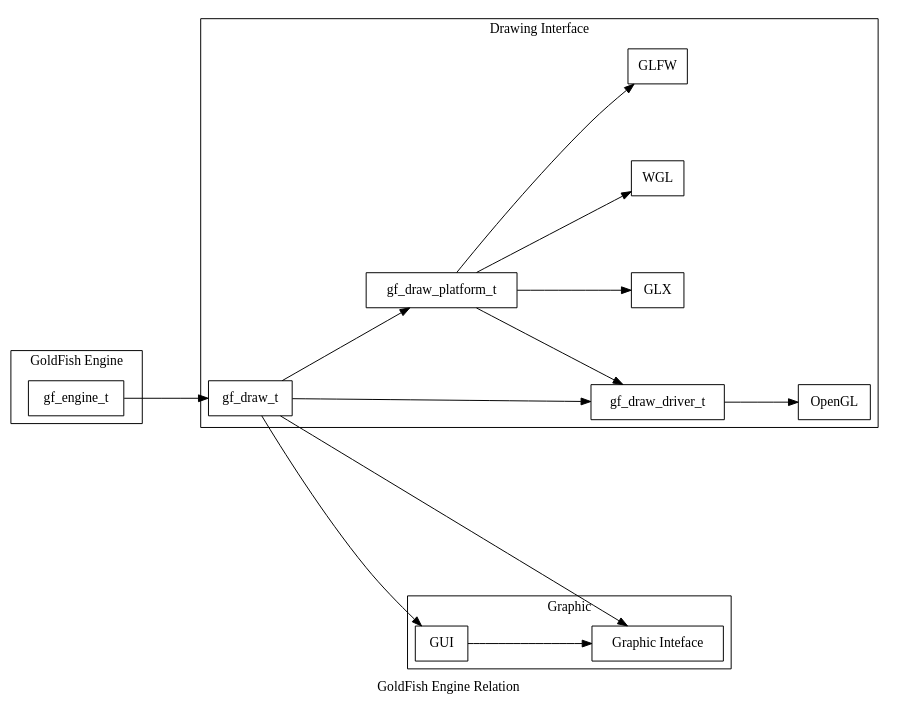
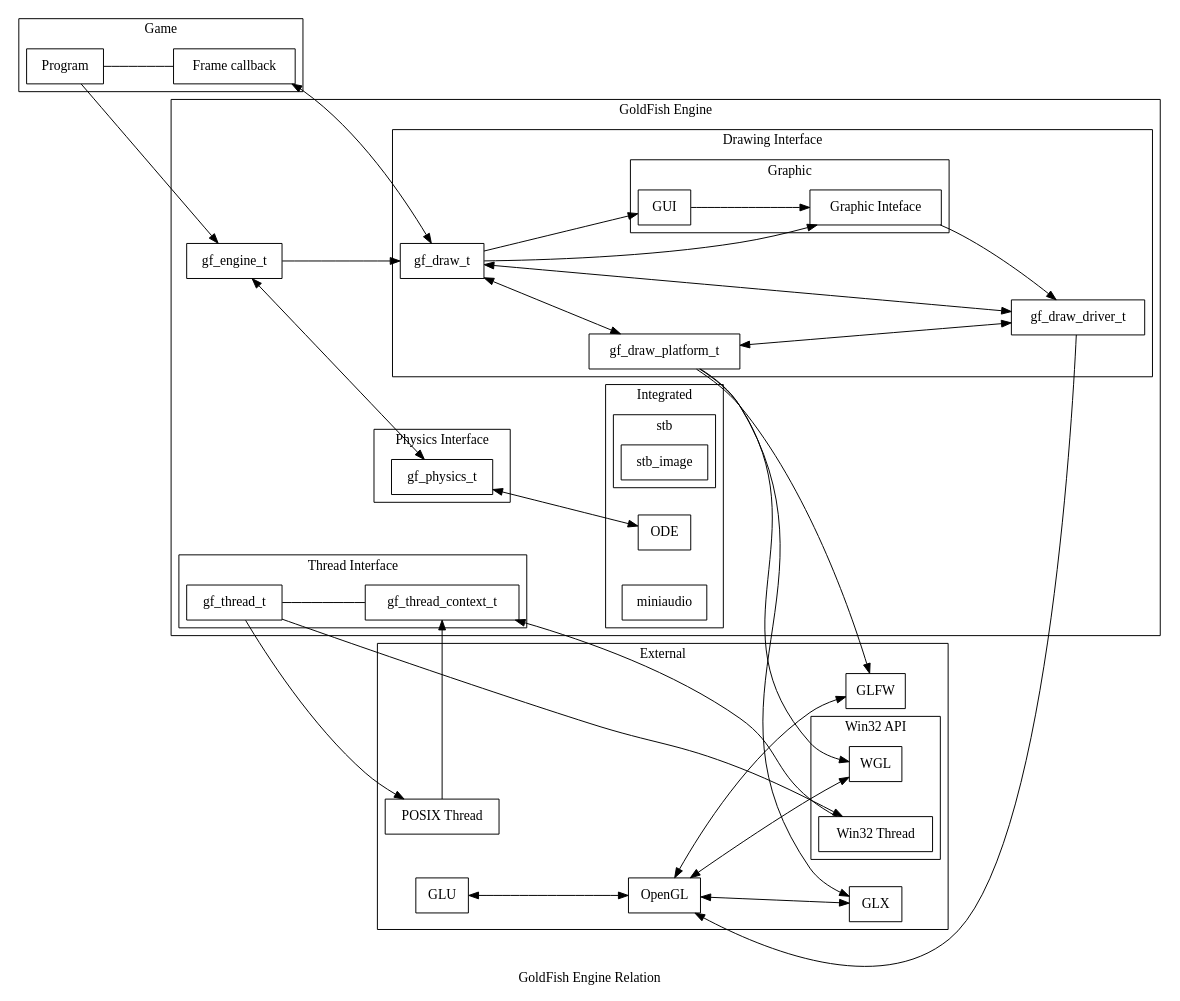
The diagram in misc/relation.gv (pyrite-dev/nishbox), drawn with Graphviz before and after one commit. The commit also changed 2 other files, not shown here.

```diff
--- a/misc/relation.gv
+++ b/misc/relation.gv
@@ -1,68 +1,179 @@
 digraph relation {
 	graph [
 		label = "GoldFish Engine Relation",
 		rankdir = LR,
-		nodesep = 1.1,
-		ranksep = 1.05
+		nodesep = 0.5,
+		ranksep = 1
+//		nodesep = 1.1,
+//		ranksep = 1.05
 	];
 	node [
 		shape = box
 	];
 
-	subgraph cluster_e {
+	subgraph cluster_user {
+		label = "Game";
+		up [
+			label = "Program"
+		];
+		uf [
+			label = "Frame callback"
+		];
+	};
+
+	subgraph cluster_engine {
 		label = "GoldFish Engine";
 		gf [
 			label = "gf_engine_t"
 		];
+		subgraph cluster_drawing {
+			label = "Drawing Interface";
+			dd [
+				label = "gf_draw_driver_t"
+			];
+			dp [
+				label = "gf_draw_platform_t"
+			];
+			dt [
+				label = "gf_draw_t"
+			];
+
+			subgraph cluster_graphic {
+				label = "Graphic";
+				gi [
+					label = "Graphic Inteface"
+				];
+				gui [
+					label = "GUI"
+				];
+			};
+		};
+
+		subgraph cluster_physics {
+			label = "Physics Interface";
+			pt [
+				label = "gf_physics_t"
+			];
+		};
+
+		subgraph cluster_thread {
+			label = "Thread Interface";
+			tt [
+				label = "gf_thread_t";
+			];
+			tct [
+				label = "gf_thread_context_t";
+			];
+		};
+
+		subgraph cluster_integrated {
+			label = "Integrated";
+			ode [
+				label = "ODE"
+			];
+			miniaudio [
+				label = "miniaudio"
+			];
+
+			subgraph cluster_stb {
+				label = "stb";
+				stb_image [
+					label = "stb_image"
+				];
+			};
+		};
 	};
 
-	subgraph cluster_d {
-		label = "Drawing Interface";
-		dd [
-			label = "gf_draw_driver_t"
+	subgraph cluster_external {
+		label = "External";
+		pthread [
+			label = "POSIX Thread"
 		];
-		ddopengl [
+		opengl [
 			label = "OpenGL"
 		];
-		dp [
-			label = "gf_draw_platform_t"
+		glu [
+			label = "GLU"
 		];
-		dpglx [
+
+		glx [
 			label = "GLX"
 		];
-		dpwgl [
-			label = "WGL"
-		];
-		dpglfw [
+		glfw [
 			label = "GLFW"
 		];
-		dt [
-			label = "gf_draw_t"
-		];
+
+		subgraph cluster_win32 {
+			label = "Win32 API";
+			win32thread [
+				label = "Win32 Thread"
+			];
+			wgl [
+				label = "WGL"
+			];
+		};
 	};
 
-	subgraph cluster_g {
-		label = "Graphic";
-		gi [
-			label = "Graphic Inteface"
-		];
-		gui [
-			label = "GUI"
-		];
-	};
+	// Game
+	up -> uf [
+		dir = none
+	];
 
+	up -> gf;
+
+	// Engine
 	gf -> dt;
+	
+	gf -> pt [
+		dir = both
+	];
 
-	dt -> dd;
-	dt -> dp;
+	// Drawing
+	dt -> dd [
+		dir = both
+	];
+	dt -> dp [
+		dir = both
+	];
 
-	dp -> dd;
+	dp -> dd [
+		dir = both
+	];
 
-	dd -> {ddopengl};
+	dt -> uf [
+		dir = both
+	];
 
-	dp -> {dpglx dpwgl dpglfw};
+	dd -> {opengl};
 
+	dp -> {glx wgl glfw};
+
+	// Graphic
 	dt -> gi;
 	dt -> gui;
 	gui -> gi;
+
+	gi -> dd;
+
+	// Physics
+	pt -> ode [
+		dir = both
+	];
+
+	// Thread
+	tt -> tct [
+		dir = none
+	];
+
+	tt -> {pthread win32thread};
+	{pthread win32thread} -> tct;
+
+	// External
+	glu -> opengl [
+		dir = both
+	];
+
+	opengl -> {glx wgl glfw} [
+		dir = both
+	];
 }
```
